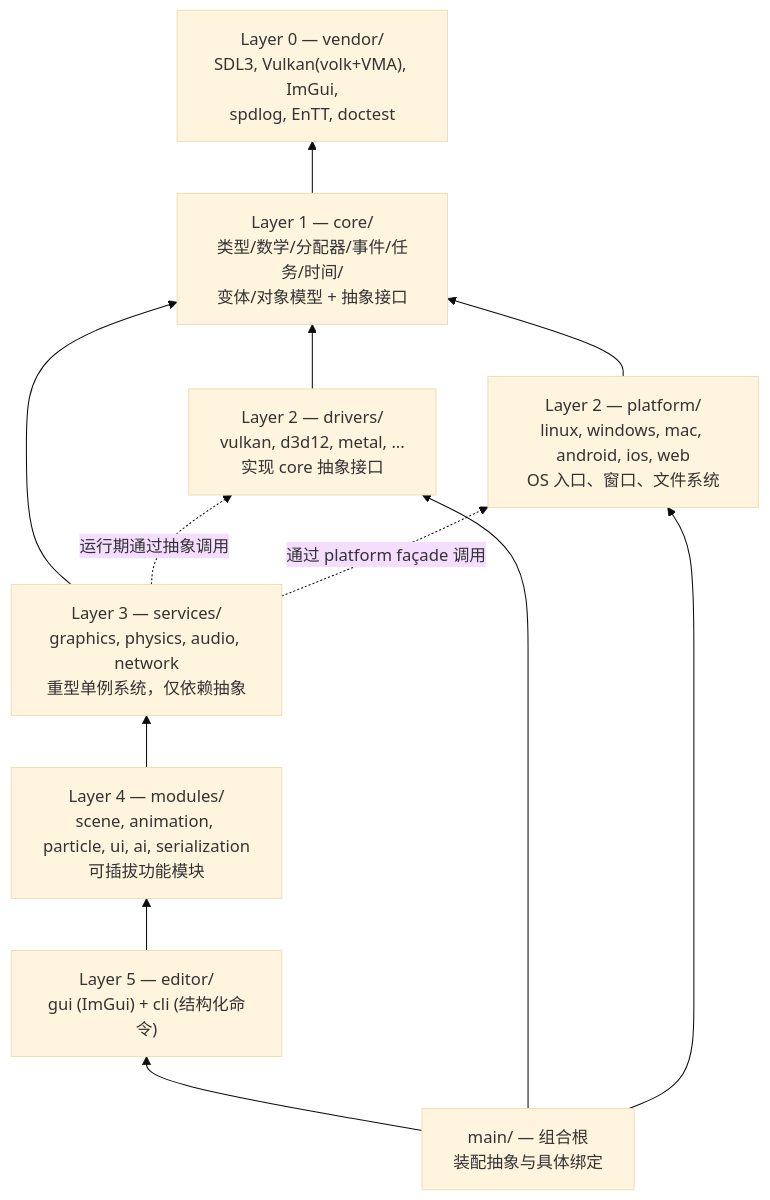
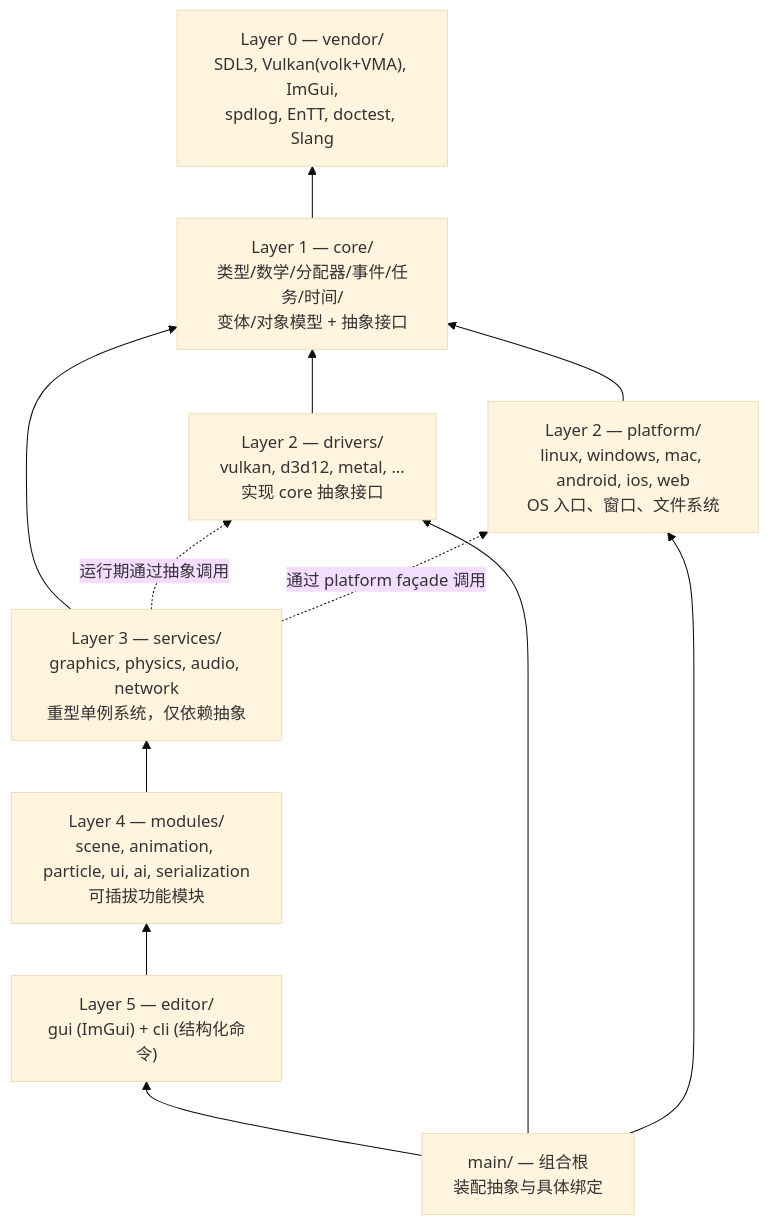
One commit to Furry-Monster/Rover changed the first of 2 diagrams in docs/dev/ARCHITECTURE.md. Above: the diagram before and after it, drawn with Mermaid (base theme). The commit also changed other lines of this file and 16390 other files, not shown here.

Commit message:
[feat]add slang to vendor

````diff
--- a/docs/dev/ARCHITECTURE.md
+++ b/docs/dev/ARCHITECTURE.md
@@ -20,23 +20,23 @@
 ```mermaid
 graph BT
-    L0["Layer 0 — vendor/<br/>SDL3, Vulkan(volk+VMA), ImGui,<br/>spdlog, EnTT, doctest"]
+    L0["Layer 0 — vendor/<br/>SDL3, Vulkan(volk+VMA), ImGui,<br/>spdlog, EnTT, doctest, Slang"]
     L1["Layer 1 — core/<br/>类型/数学/分配器/事件/任务/时间/<br/>变体/对象模型 + 抽象接口"]
     L2D["Layer 2 — drivers/<br/>vulkan, d3d12, metal, ...<br/>实现 core 抽象接口"]
     L2P["Layer 2 — platform/<br/>linux, windows, mac, android, ios, web<br/>OS 入口、窗口、文件系统"]
     L3["Layer 3 — services/<br/>graphics, physics, audio, network<br/>重型单例系统，仅依赖抽象"]
     L4["Layer 4 — modules/<br/>scene, animation, particle, ui, ai, serialization<br/>可插拔功能模块"]
     L5["Layer 5 — editor/<br/>gui (ImGui) + cli (结构化命令)"]
     Main["main/ — 组合根<br/>装配抽象与具体绑定"]
 
     L1 --> L0
     L2D --> L1
     L2P --> L1
     L3 --> L1
     L3 -.->|"运行期通过抽象调用"| L2D
     L3 -.->|"通过 platform façade 调用"| L2P
     L4 --> L3
     L5 --> L4
     Main --> L5
     Main --> L2D
     Main --> L2P
 ```
````
